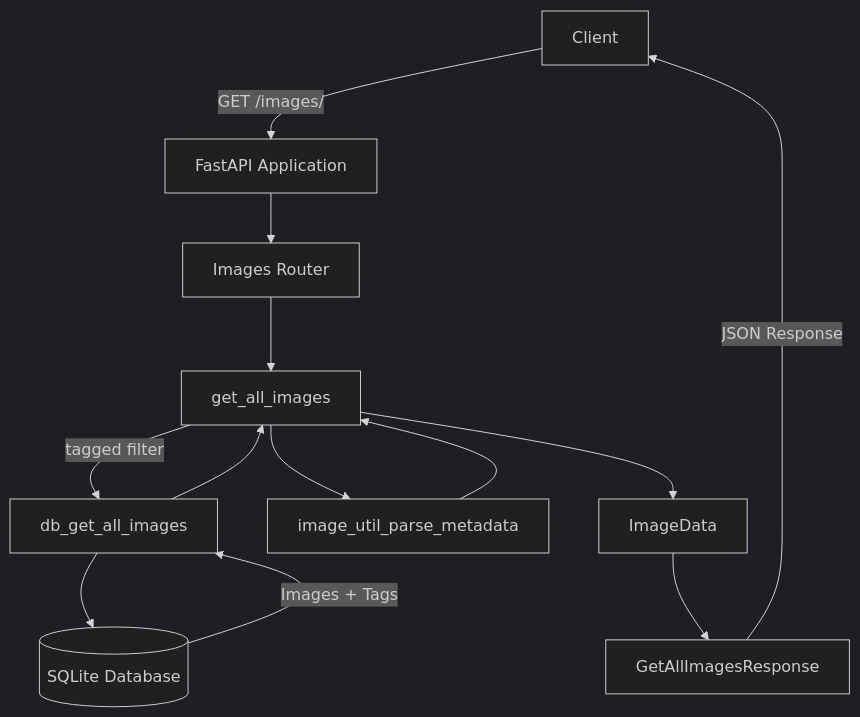
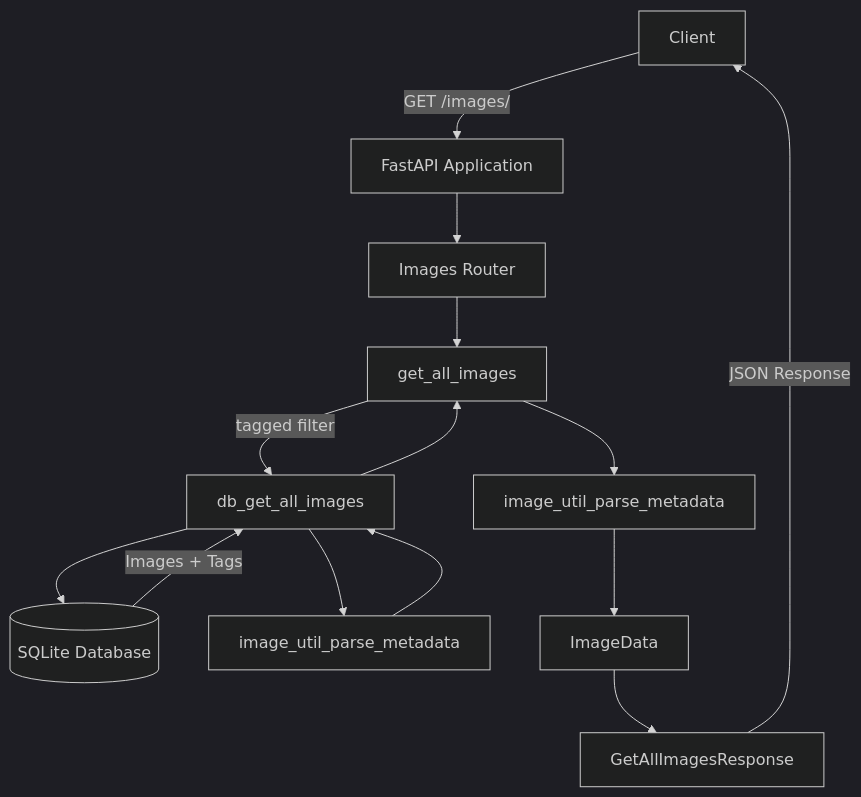
Before and after one commit to AOSSIE-Org/PictoPy: the second of 2 diagrams in docs/backend/backend_python/api.md, drawn with Mermaid (dark theme). The commit also changed other lines of this file, not shown here.

Commit message:
docs: clarify image retrieval API flow

````diff
--- a/docs/backend/backend_python/api.md
+++ b/docs/backend/backend_python/api.md
@@ -23,15 +23,16 @@
 ```mermaid
 flowchart TD
     A[Client] -->|GET /images/| B[FastAPI Application]
     B --> C[Images Router]
     C --> D[get_all_images]
     D -->|tagged filter| E[db_get_all_images]
     E --> F[(SQLite Database)]
     F -->|Images + Tags| E
+    E --> G1[image_util_parse_metadata]
+    G1 --> E
     E --> D
-    D --> G[image_util_parse_metadata]
-    G --> D
-    D --> H[ImageData]
+    D --> G2[image_util_parse_metadata]
+    G2 --> H[ImageData]
     H --> I[GetAllImagesResponse]
     I -->|JSON Response| A
 ```
````
